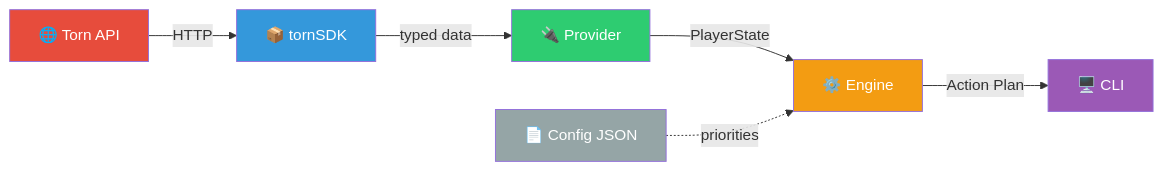
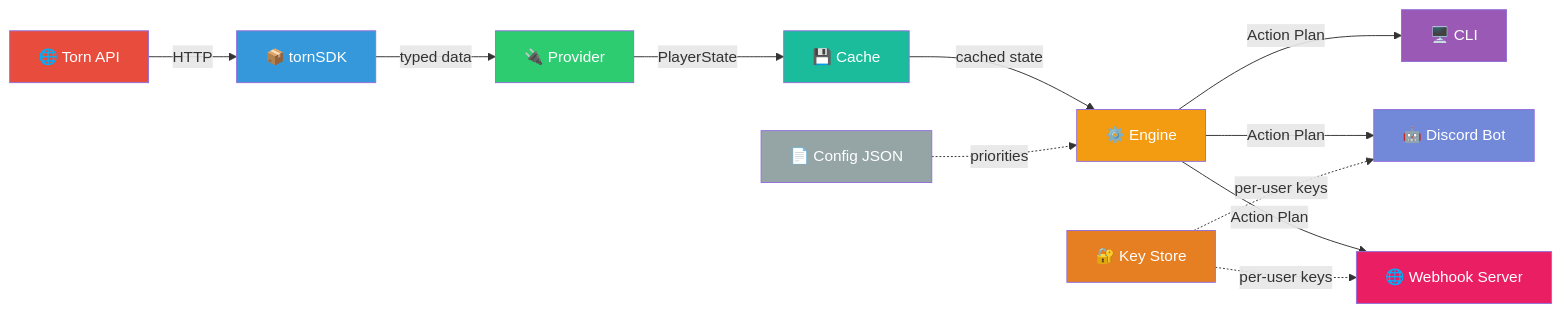
One commit to subhanjanOps/torn-advisor changed the first of 2 diagrams in README.md. Above: the diagram before and after it, drawn with Mermaid. The commit also changed other lines of this file and 19 other files, not shown here.

````diff
--- a/README.md
+++ b/README.md
@@ -41,14 +41,23 @@
 ```mermaid
 flowchart LR
     A[🌐 Torn API] -->|HTTP| B[📦 tornSDK]
     B -->|typed data| C[🔌 Provider]
-    C -->|PlayerState| D[⚙️ Engine]
+    C -->|PlayerState| C2[💾 Cache]
+    C2 -->|cached state| D[⚙️ Engine]
     D -->|Action Plan| E[🖥️ CLI]
+    D -->|Action Plan| G[🤖 Discord Bot]
+    D -->|Action Plan| W[🌐 Webhook Server]
     F[📄 Config JSON] -.->|priorities| D
+    H[🔐 Key Store] -.->|per-user keys| G
+    H -.->|per-user keys| W
     style A fill:#e74c3c,color:#fff
     style B fill:#3498db,color:#fff
     style C fill:#2ecc71,color:#fff
+    style C2 fill:#1abc9c,color:#fff
     style D fill:#f39c12,color:#fff
     style E fill:#9b59b6,color:#fff
     style F fill:#95a5a6,color:#fff
+    style G fill:#7289da,color:#fff
+    style H fill:#e67e22,color:#fff
+    style W fill:#e91e63,color:#fff
 ```
````
